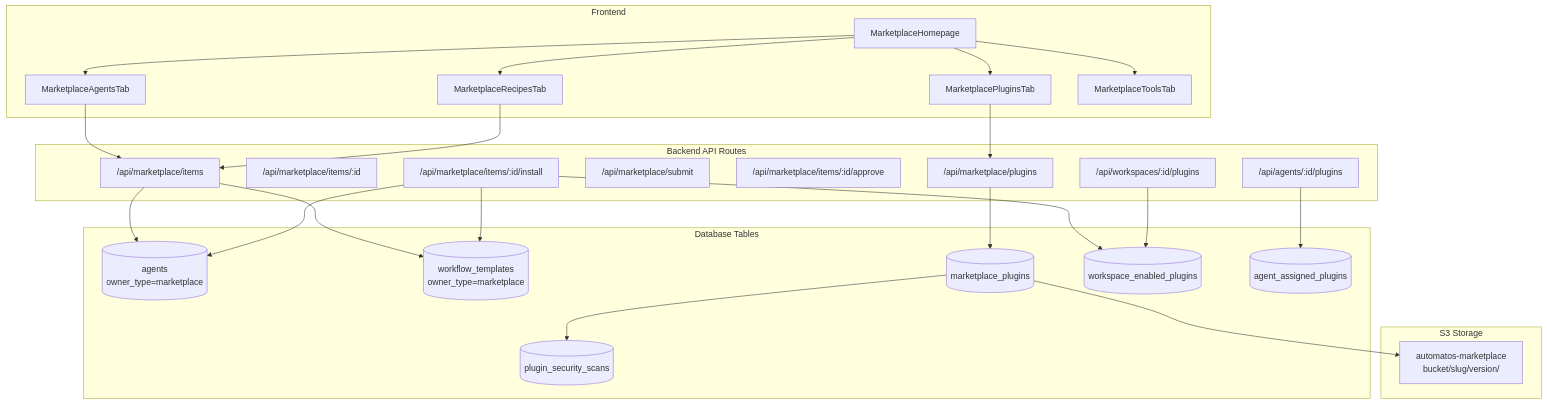
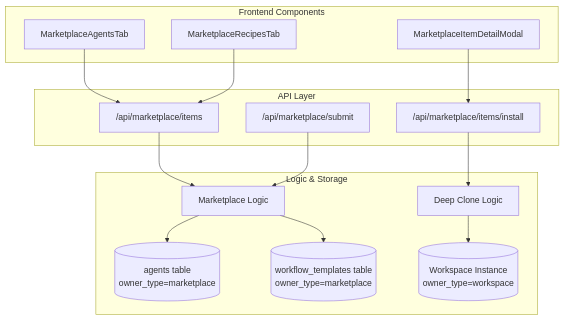
The diagram in docs/community-marketplace/marketplace-api-reference.md (AutomatosAI/automatos-ai), drawn with Mermaid before and after one commit. The commit also changed other lines of this file and 149 other files, not shown here.

Commit message:
docs: refresh documentation with graphify semantic scan

````diff
--- a/docs/community-marketplace/marketplace-api-reference.md
+++ b/docs/community-marketplace/marketplace-api-reference.md
@@ -58,58 +51,35 @@
 ```mermaid
 graph TB
-    subgraph "Frontend"
-        Homepage["MarketplaceHomepage"]
-        AgentsTab["MarketplaceAgentsTab"]
-        RecipesTab["MarketplaceRecipesTab"]
-        PluginsTab["MarketplacePluginsTab"]
-        ToolsTab["MarketplaceToolsTab"]
+    subgraph "Frontend Components"
+        MA["MarketplaceAgentsTab"]
+        MR["MarketplaceRecipesTab"]
+        MI["MarketplaceItemDetailModal"]
     end
 
-    subgraph "Backend API Routes"
-        ItemsRoute["/api/marketplace/items"]
-        ItemDetailRoute["/api/marketplace/items/:id"]
-        InstallRoute["/api/marketplace/items/:id/install"]
-        SubmitRoute["/api/marketplace/submit"]
-        ApproveRoute["/api/marketplace/items/:id/approve"]
-        
-        PluginListRoute["/api/marketplace/plugins"]
-        PluginEnableRoute["/api/workspaces/:id/plugins"]
-        AgentPluginsRoute["/api/agents/:id/plugins"]
+    subgraph "API Layer"
+        BaseAPI["/api/marketplace/items"]
+        InstallAPI["/api/marketplace/items/install"]
+        SubmitAPI["/api/marketplace/submit"]
     end
 
-    subgraph "Database Tables"
-        AgentsTable[("agents<br/>owner_type=marketplace")]
-        RecipesTable[("workflow_templates<br/>owner_type=marketplace")]
-        PluginsTable[("marketplace_plugins")]
-        PluginScansTable[("plugin_security_scans")]
-        WorkspacePluginsTable[("workspace_enabled_plugins")]
-        AgentPluginsTable[("agent_assigned_plugins")]
+    subgraph "Logic & Storage"
+        ItemService["Marketplace Logic"]
+        Cloning["Deep Clone Logic"]
+        
+        DB_Agents[("agents table<br/>owner_type=marketplace")]
+        DB_Recipes[("workflow_templates table<br/>owner_type=marketplace")]
+        DB_Workspace[("Workspace Instance<br/>owner_type=workspace")]
     end
 
-    subgraph "S3 Storage"
-        S3Bucket["automatos-marketplace<br/>bucket/slug/version/"]
-    end
+    MA --> BaseAPI
+    MR --> BaseAPI
+    MI --> InstallAPI
 
-    Homepage --> AgentsTab
-    Homepage --> RecipesTab
-    Homepage --> PluginsTab
-    Homepage --> ToolsTab
-    
-    AgentsTab --> ItemsRoute
-    RecipesTab --> ItemsRoute
-    PluginsTab --> PluginListRoute
-    
-    ItemsRoute --> AgentsTable
-    ItemsRoute --> RecipesTable
-    PluginListRoute --> PluginsTable
-    
-    InstallRoute --> AgentsTable
-    InstallRoute --> RecipesTable
-    InstallRoute --> WorkspacePluginsTable
-    
-    PluginEnableRoute --> WorkspacePluginsTable
-    AgentPluginsRoute --> AgentPluginsTable
-    
-    PluginsTable --> S3Bucket
-    PluginsTable --> PluginScansTable
+    BaseAPI --> ItemService
+    InstallAPI --> Cloning
+    SubmitAPI --> ItemService
+
+    ItemService --> DB_Agents
+    ItemService --> DB_Recipes
+    Cloning --> DB_Workspace
 ```
````
